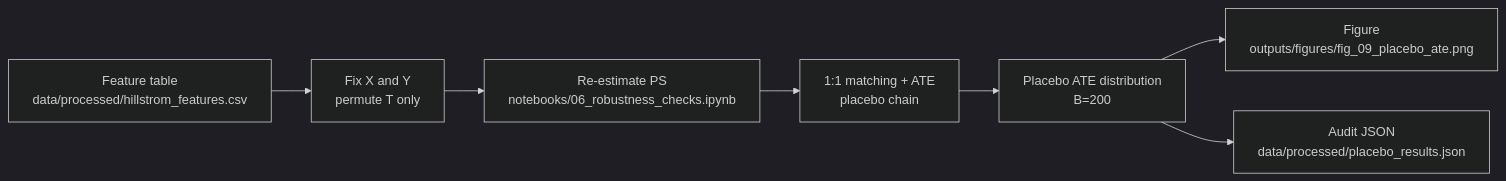
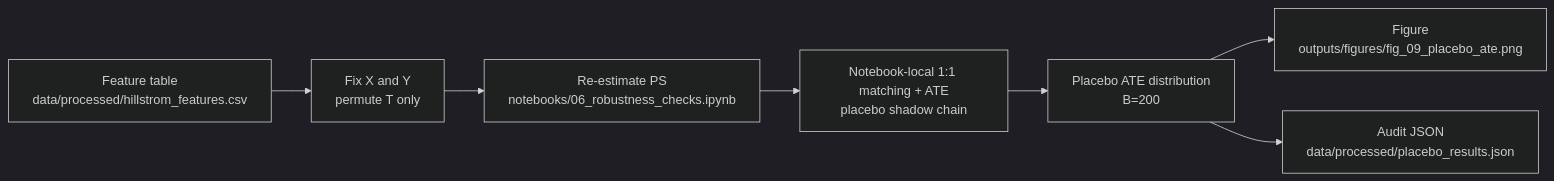
One commit to CLampard-Y/causal-uplift-marketing changed the diagram in docs/Phase4_Execution_PRD.md. Above: the diagram before and after it, drawn with Mermaid (dark theme). The commit also changed other lines of this file and 3 other files, not shown here.

````diff
--- a/docs/Phase4_Execution_PRD.md
+++ b/docs/Phase4_Execution_PRD.md
@@ -56,9 +56,9 @@
 ```mermaid
 flowchart LR
   A[Feature table<br/>data/processed/hillstrom_features.csv] --> B[Fix X and Y<br/>permute T only]
   B --> C[Re-estimate PS<br/>notebooks/06_robustness_checks.ipynb]
-  C --> D[1:1 matching + ATE<br/>placebo chain]
+  C --> D[Notebook-local 1:1 matching + ATE<br/>placebo shadow chain]
   D --> E[Placebo ATE distribution<br/>B=200]
   E --> F[Figure<br/>outputs/figures/fig_09_placebo_ate.png]
   E --> G[Audit JSON<br/>data/processed/placebo_results.json]
 ```
````
